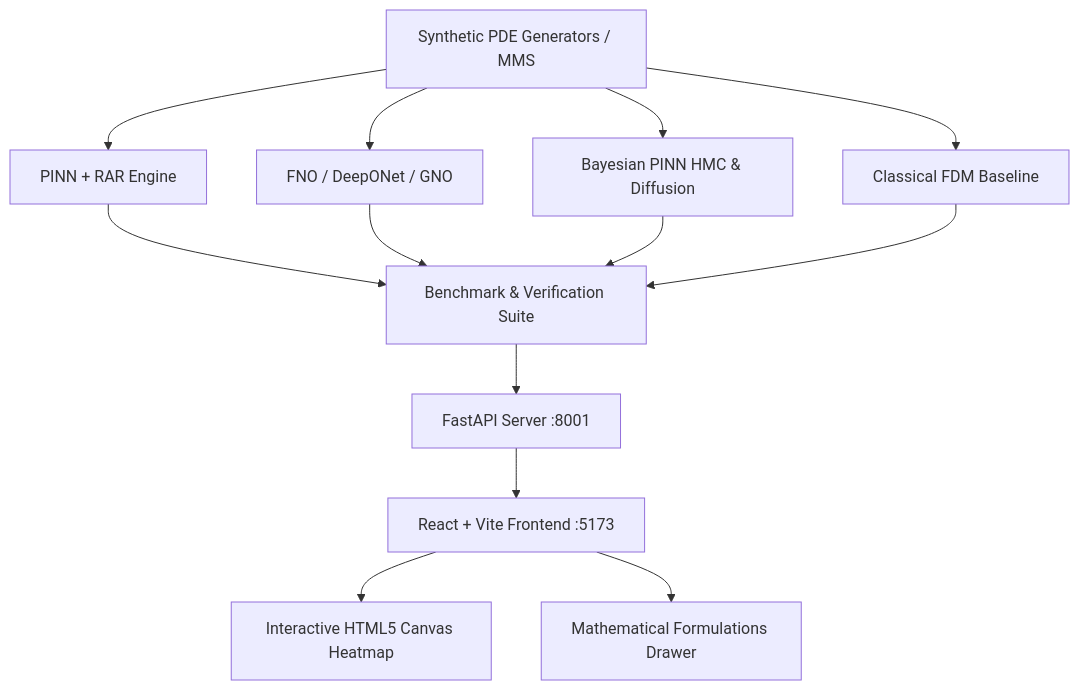
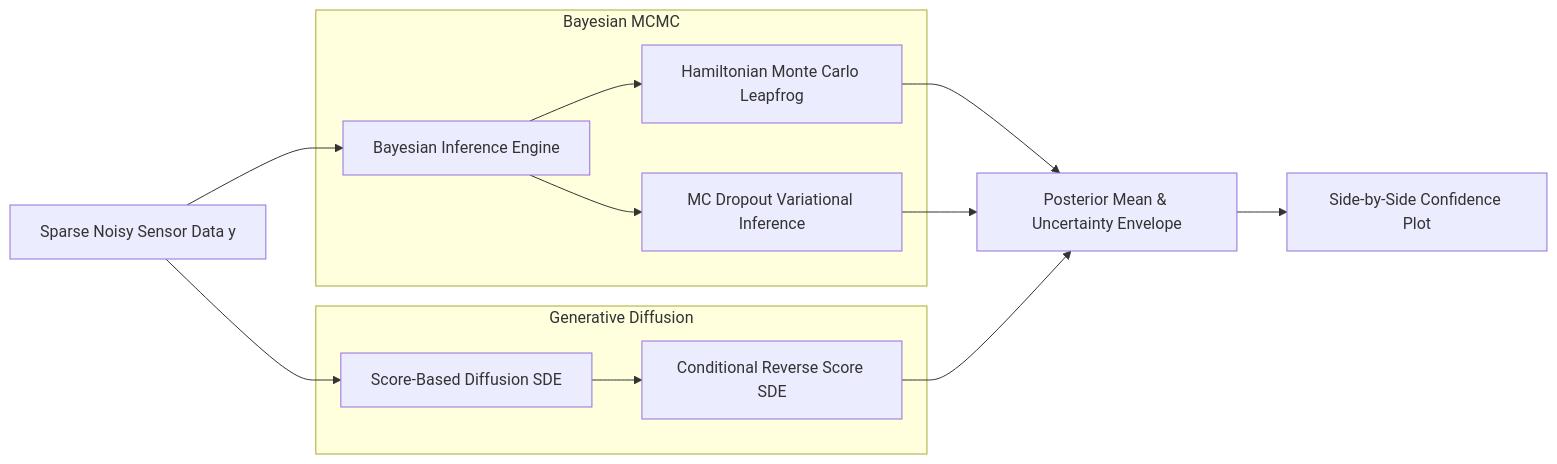
Before and after one commit to 10tan/neural-pde-bench: the second of 3 diagrams in README.md, drawn with Mermaid. The commit also changed other lines of this file, not shown here.

Commit message:
docs: enrich README with comprehensive mathematical derivations, system workflows, and architecture specs

````diff
--- a/README.md
+++ b/README.md
@@ -122,17 +295,20 @@
 ```mermaid
-graph TD
-    Data[Synthetic PDE Generators / MMS] --> Solvers[Classical FDM Baseline]
-    Data --> PINN[PINN + RAR Engine]
-    Data --> Operator[FNO / DeepONet / GNO]
-    Data --> Inverse[Bayesian PINN HMC & Diffusion]
+graph LR
+    SparseObs[Sparse Noisy Sensor Data y] --> Bayes[Bayesian Inference Engine]
+    SparseObs --> Diff[Score-Based Diffusion SDE]
     
-    PINN --> Suite[Benchmark & Verification Suite]
-    Operator --> Suite
-    Inverse --> Suite
-    Solvers --> Suite
-
-    Suite --> API[FastAPI Server :8001]
-    API --> UI[React + Vite Frontend :5173]
-    UI --> Heatmap[Interactive HTML5 Canvas Heatmap]
-    UI --> Drawer[Mathematical Formulations Drawer]
+    subgraph Bayesian MCMC
+        Bayes --> HMC[Hamiltonian Monte Carlo Leapfrog]
+        Bayes --> VI[MC Dropout Variational Inference]
+    end
+    
+    subgraph Generative Diffusion
+        Diff --> ReverseSDE[Conditional Reverse Score SDE]
+    end
+    
+    HMC --> PosteriorStats[Posterior Mean & Uncertainty Envelope]
+    VI --> PosteriorStats
+    ReverseSDE --> PosteriorStats
+    
+    PosteriorStats --> UIPlot[Side-by-Side Confidence Plot]
 ```
````
